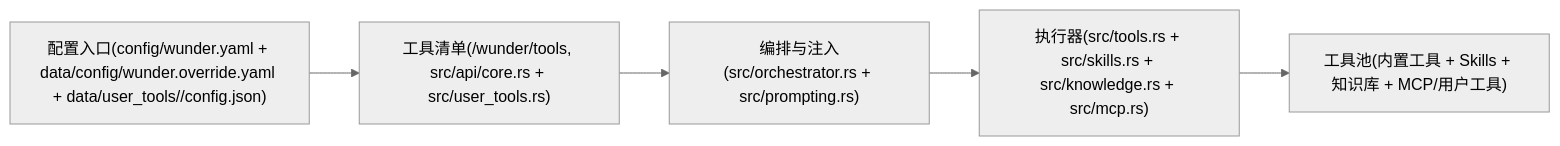
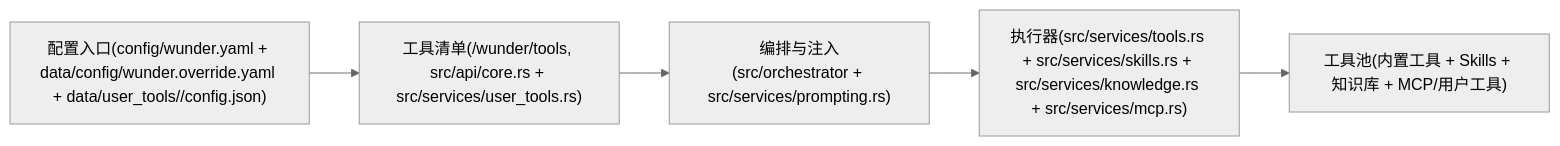
One commit to ylsdamxssjxxdd/wunder changed the third of 5 diagrams in docs/系统介绍.md. Above: the diagram before and after it, drawn with Mermaid (neutral theme). The commit also changed other lines of this file and 51 other files, not shown here.

````diff
--- a/docs/系统介绍.md
+++ b/docs/系统介绍.md
@@ -167,7 +167,7 @@
 ```mermaid
 flowchart LR
-  Config["配置入口(config/wunder.yaml + data/config/wunder.override.yaml + data/user_tools/<user_id>/config.json)"] --> Catalog["工具清单(/wunder/tools, src/api/core.rs + src/user_tools.rs)"]
-  Catalog --> Orchestrator["编排与注入(src/orchestrator.rs + src/prompting.rs)"]
-  Orchestrator --> Exec["执行器(src/tools.rs + src/skills.rs + src/knowledge.rs + src/mcp.rs)"]
+  Config["配置入口(config/wunder.yaml + data/config/wunder.override.yaml + data/user_tools/<user_id>/config.json)"] --> Catalog["工具清单(/wunder/tools, src/api/core.rs + src/services/user_tools.rs)"]
+  Catalog --> Orchestrator["编排与注入(src/orchestrator + src/services/prompting.rs)"]
+  Orchestrator --> Exec["执行器(src/services/tools.rs + src/services/skills.rs + src/services/knowledge.rs + src/services/mcp.rs)"]
   Exec --> Pool["工具池(内置工具 + Skills + 知识库 + MCP/用户工具)"]
 ```
````
